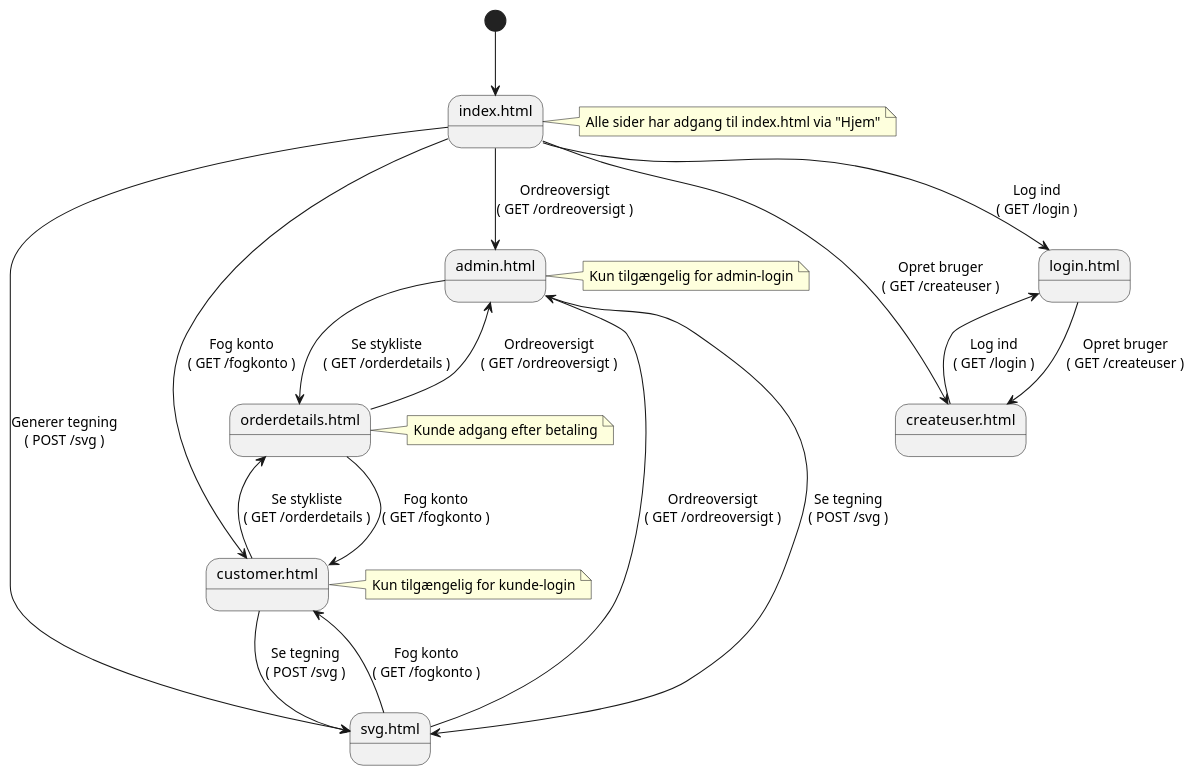
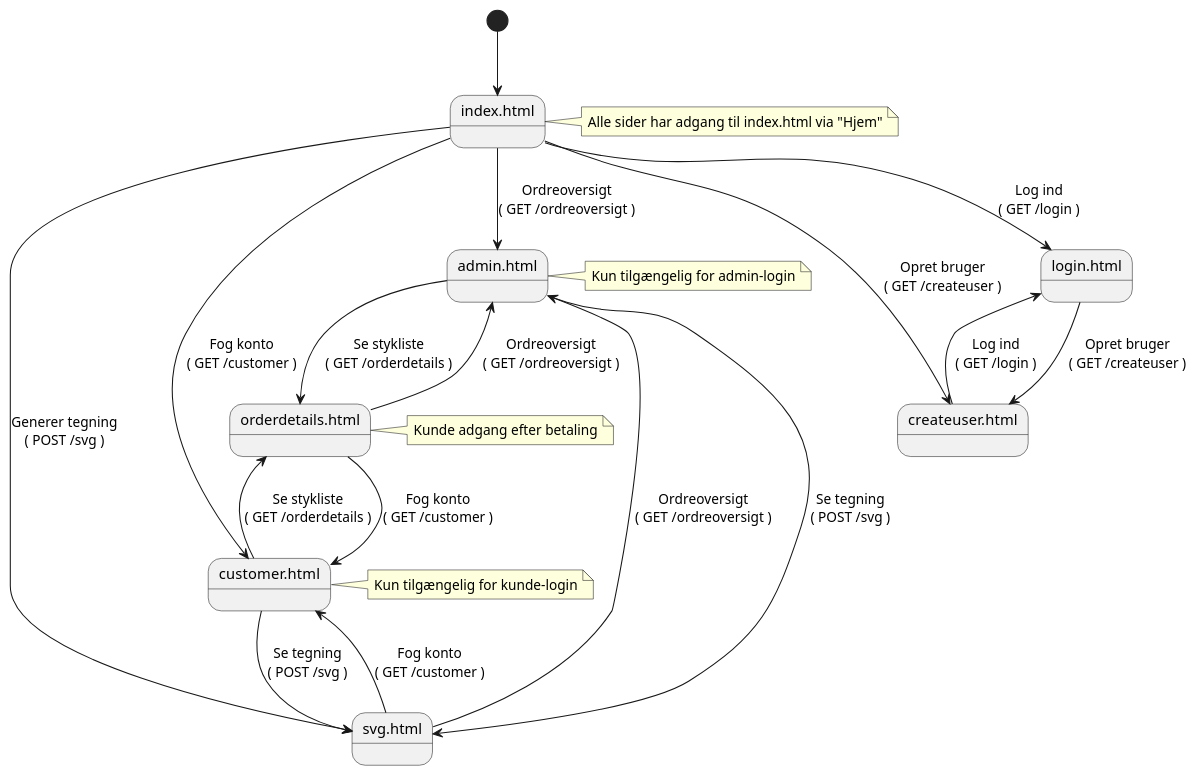
One commit to Mikkel-ao/Carport changed the diagram in docs/navigation_diagram2.puml. Above: the diagram before and after it, drawn with PlantUML. The commit also changed 1 other file, not shown here.

Commit message:
Fog konto route change to /customer

```diff
--- a/docs/navigation_diagram2.puml
+++ b/docs/navigation_diagram2.puml
@@ -1,50 +1,50 @@
 @startuml
 
 [*] --> Index
 
 state "index.html" as Index
 state "login.html" as Login
 state "createuser.html" as Opret
 state "admin.html" as Admin
 state "customer.html" as Customer
 state "svg.html" as SVG
 state "orderdetails.html" as OrderDetails
 
 Index --> Login : Log ind\n( GET /login )
 Index --> Opret : Opret bruger\n( GET /createuser )
 Index --> Admin : Ordreoversigt\n( GET /ordreoversigt )
-Index --> Customer : Fog konto\n( GET /fogkonto )
+Index --> Customer : Fog konto\n( GET /customer )
 Index --> SVG : Generer tegning\n( POST /svg )
 
 Login --> Opret : Opret bruger\n( GET /createuser )
 Opret --> Login : Log ind\n( GET /login )
 
 Admin --> SVG : Se tegning\n( POST /svg )
 Admin --> OrderDetails : Se stykliste\n( GET /orderdetails )
 
 Customer --> SVG : Se tegning\n( POST /svg )
 Customer --> OrderDetails : Se stykliste\n( GET /orderdetails )
 
-SVG --> Customer : Fog konto\n( GET /fogkonto )
+SVG --> Customer : Fog konto\n( GET /customer )
 SVG --> Admin : Ordreoversigt\n( GET /ordreoversigt )
 
 OrderDetails --> Admin : Ordreoversigt\n( GET /ordreoversigt )
-OrderDetails --> Customer : Fog konto\n( GET /fogkonto )
+OrderDetails --> Customer : Fog konto\n( GET /customer )
 
 note right of Index
   Alle sider har adgang til index.html via "Hjem"
 end note
 
 note right of Admin
   Kun tilgængelig for admin-login
 end note
 
 note right of Customer
   Kun tilgængelig for kunde-login
 end note
 
 note right of OrderDetails
   Kunde adgang efter betaling
 end note
 
 @enduml
```
